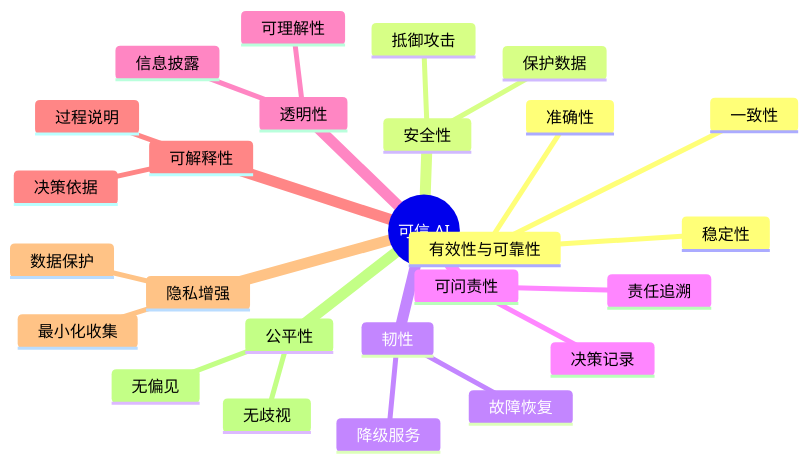
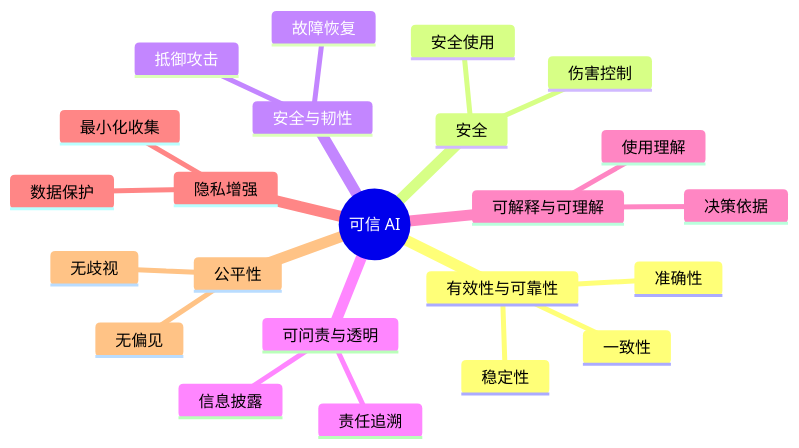
One commit to yeasy/ai_security_guide changed the first of 2 diagrams in 03_frameworks/3.2_nist_framework.md. Above: the diagram before and after it, drawn with Mermaid. The commit also changed other lines of this file and 25 other files, not shown here.

````diff
--- a/03_frameworks/3.2_nist_framework.md
+++ b/03_frameworks/3.2_nist_framework.md
@@ -40,29 +42,26 @@
 ```mermaid
 mindmap
   root((可信 AI))
     有效性与可靠性
       准确性
       稳定性
       一致性
-    安全性
+    安全
+      伤害控制
+      安全使用
+    安全与韧性
       抵御攻击
-      保护数据
-    韧性
       故障恢复
-      降级服务
-    可问责性
+    可问责与透明
       责任追溯
-      决策记录
-    透明性
-      可理解性
       信息披露
-    可解释性
+    可解释与可理解
       决策依据
-      过程说明
+      使用理解
     隐私增强
       数据保护
       最小化收集
     公平性
       无歧视
       无偏见
 ```
````
